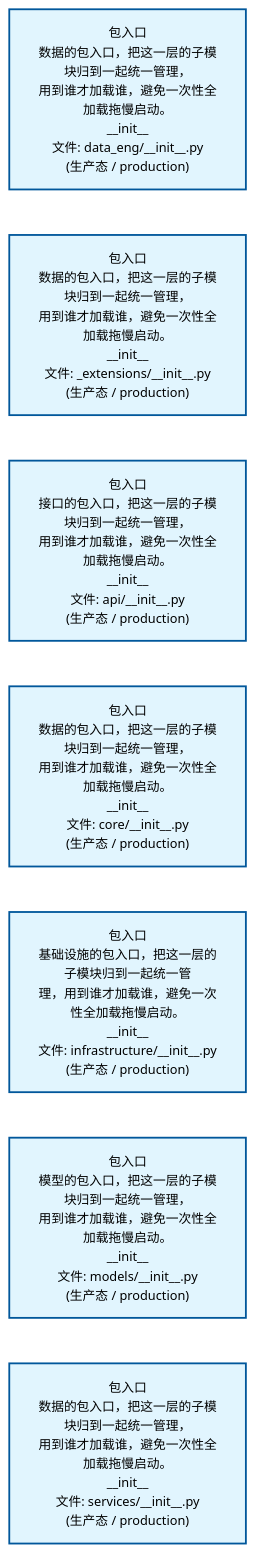
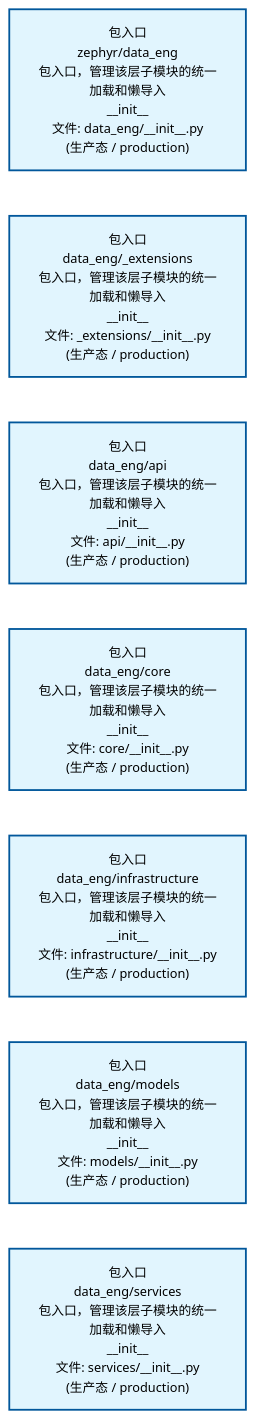
The first of 2 diagrams in docs/02_enterprise_architecture/02_domain_architecture_docs/12_d_data_eng.md (xuanFelixVan/ZephyrAlpha), drawn with Mermaid before and after one commit. The commit also changed other lines of this file and 60 other files, not shown here.

````diff
--- a/docs/02_enterprise_architecture/02_domain_architecture_docs/12_d_data_eng.md
+++ b/docs/02_enterprise_architecture/02_domain_architecture_docs/12_d_data_eng.md
@@ -53,22 +53,22 @@
 ```mermaid
 %%{init: {'theme': 'base', 'themeVariables': {'primaryColor': '#eaeaea', 'primaryTextColor': '#333333', 'primaryBorderColor': '#666666', 'lineColor': '#666666', 'secondaryColor': '#eaeaea', 'tertiaryColor': '#eaeaea', 'fontSize': '14px'}}}%%
 flowchart TD
-    src_zephyr_data_eng_init_py["包入口<br/>数据的包入口，把这一层的子模块归到一起统一管理，<br/>用到谁才加载谁，避免一次性全加载拖慢启动。<br/>__init__<br/>文件: data_eng/__init__.py<br/>(生产态 / production)"]
-    src_zephyr_data_eng_extensions_init_py["包入口<br/>数据的包入口，把这一层的子模块归到一起统一管理，<br/>用到谁才加载谁，避免一次性全加载拖慢启动。<br/>__init__<br/>文件: _extensions/__init__.py<br/>(生产态 / production)"]
-    src_zephyr_data_eng_api_init_py["包入口<br/>接口的包入口，把这一层的子模块归到一起统一管理，<br/>用到谁才加载谁，避免一次性全加载拖慢启动。<br/>__init__<br/>文件: api/__init__.py<br/>(生产态 / production)"]
-    src_zephyr_data_eng_core_init_py["包入口<br/>数据的包入口，把这一层的子模块归到一起统一管理，<br/>用到谁才加载谁，避免一次性全加载拖慢启动。<br/>__init__<br/>文件: core/__init__.py<br/>(生产态 / production)"]
-    src_zephyr_data_eng_infrastructure_init_py["包入口<br/>基础设施的包入口，把这一层的子模块归到一起统一管<br/>理，用到谁才加载谁，避免一次性全加载拖慢启动。<br/>__init__<br/>文件: infrastructure/__init__.py<br/>(生产态 / production)"]
-    src_zephyr_data_eng_models_init_py["包入口<br/>模型的包入口，把这一层的子模块归到一起统一管理，<br/>用到谁才加载谁，避免一次性全加载拖慢启动。<br/>__init__<br/>文件: models/__init__.py<br/>(生产态 / production)"]
-    src_zephyr_data_eng_services_init_py["包入口<br/>数据的包入口，把这一层的子模块归到一起统一管理，<br/>用到谁才加载谁，避免一次性全加载拖慢启动。<br/>__init__<br/>文件: services/__init__.py<br/>(生产态 / production)"]
+    src_zephyr_data_eng_init_py["包入口<br/>zephyr/data_eng<br/>包入口，管理该层子模块的统一加载和懒导入<br/>__init__<br/>文件: data_eng/__init__.py<br/>(生产态 / production)"]
+    src_zephyr_data_eng_extensions_init_py["包入口<br/>data_eng/_extensions<br/>包入口，管理该层子模块的统一加载和懒导入<br/>__init__<br/>文件: _extensions/__init__.py<br/>(生产态 / production)"]
+    src_zephyr_data_eng_api_init_py["包入口<br/>data_eng/api<br/>包入口，管理该层子模块的统一加载和懒导入<br/>__init__<br/>文件: api/__init__.py<br/>(生产态 / production)"]
+    src_zephyr_data_eng_core_init_py["包入口<br/>data_eng/core<br/>包入口，管理该层子模块的统一加载和懒导入<br/>__init__<br/>文件: core/__init__.py<br/>(生产态 / production)"]
+    src_zephyr_data_eng_infrastructure_init_py["包入口<br/>data_eng/infrastructure<br/>包入口，管理该层子模块的统一加载和懒导入<br/>__init__<br/>文件: infrastructure/__init__.py<br/>(生产态 / production)"]
+    src_zephyr_data_eng_models_init_py["包入口<br/>data_eng/models<br/>包入口，管理该层子模块的统一加载和懒导入<br/>__init__<br/>文件: models/__init__.py<br/>(生产态 / production)"]
+    src_zephyr_data_eng_services_init_py["包入口<br/>data_eng/services<br/>包入口，管理该层子模块的统一加载和懒导入<br/>__init__<br/>文件: services/__init__.py<br/>(生产态 / production)"]
     src_zephyr_data_eng_init_py ~~~ src_zephyr_data_eng_extensions_init_py
     src_zephyr_data_eng_extensions_init_py ~~~ src_zephyr_data_eng_api_init_py
     src_zephyr_data_eng_api_init_py ~~~ src_zephyr_data_eng_core_init_py
     src_zephyr_data_eng_core_init_py ~~~ src_zephyr_data_eng_infrastructure_init_py
     src_zephyr_data_eng_infrastructure_init_py ~~~ src_zephyr_data_eng_models_init_py
     src_zephyr_data_eng_models_init_py ~~~ src_zephyr_data_eng_services_init_py
     classDef production fill:#e1f5fe,stroke:#01579b,stroke-width:2px,color:#000
     classDef design fill:#fff3e0,stroke:#e65100,stroke-width:2px,color:#000,stroke-dasharray: 5 5
     classDef external_prod fill:#e8f4fd,stroke:#0277bd,stroke-width:1px,color:#000
     classDef external_design fill:#fff8e7,stroke:#ef6c00,stroke-width:1px,color:#000,stroke-dasharray: 5 5
     class src_zephyr_data_eng_init_py,src_zephyr_data_eng_extensions_init_py,src_zephyr_data_eng_api_init_py,src_zephyr_data_eng_core_init_py,src_zephyr_data_eng_infrastructure_init_py,src_zephyr_data_eng_models_init_py,src_zephyr_data_eng_services_init_py production
 ```
````
